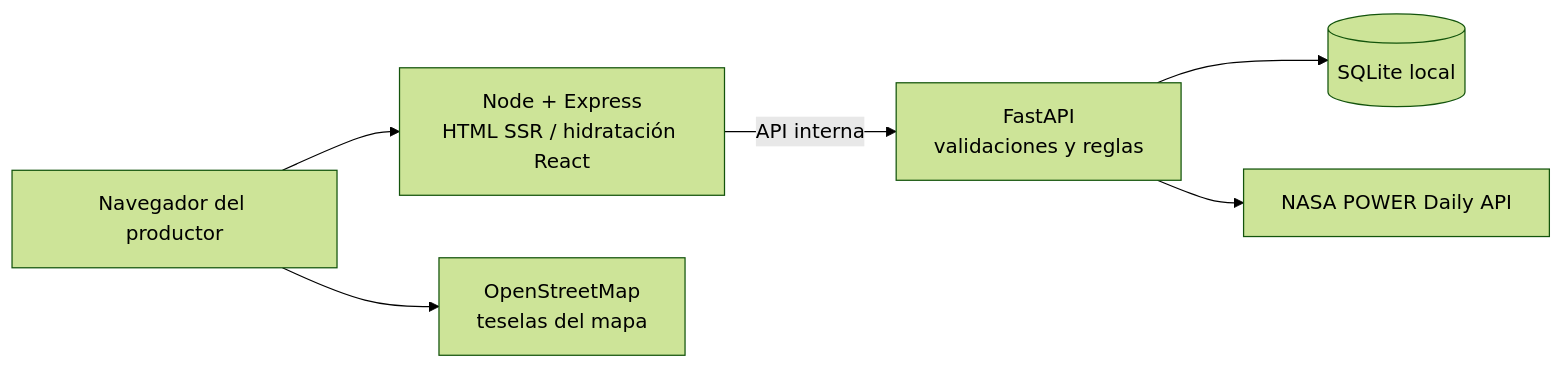
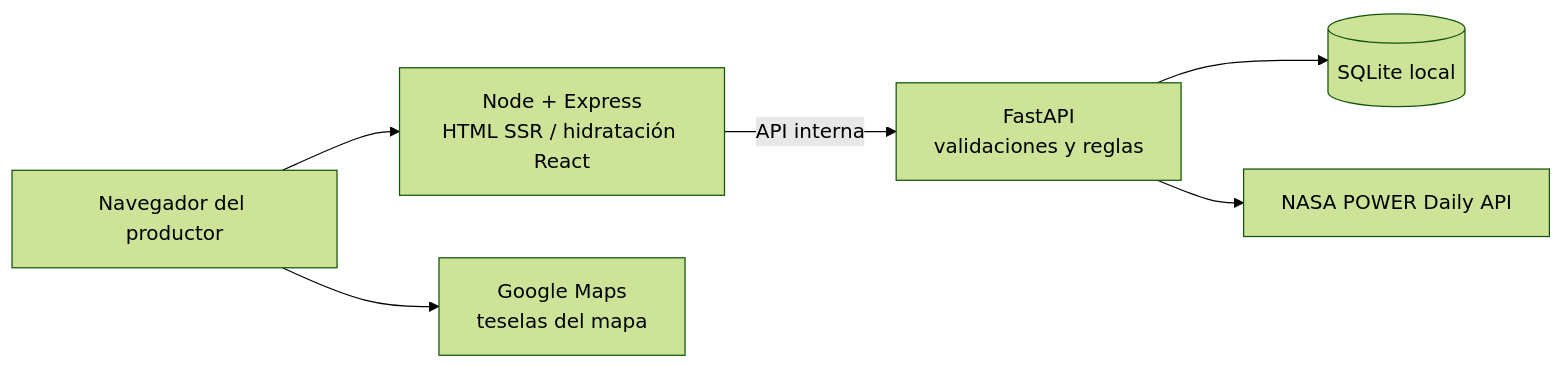
One commit to lucasortizalej5-ai/Agroshift-PY- changed the diagram in docs/ARQUITECTURA.md. Above: the diagram before and after it, drawn with Mermaid (forest theme). The commit also changed other lines of this file and 25 other files, not shown here.

````diff
--- a/docs/ARQUITECTURA.md
+++ b/docs/ARQUITECTURA.md
@@ -7,8 +7,8 @@
 ```mermaid
 flowchart LR
     U[Navegador del productor] --> N[Node + Express\nHTML SSR / hidratación React]
     N -->|API interna| F[FastAPI\nvalidaciones y reglas]
     F --> D[(SQLite local)]
     F --> P[NASA POWER Daily API]
-    U --> M[OpenStreetMap\nteselas del mapa]
+    U --> M[Google Maps\nteselas del mapa]
 ```
````
